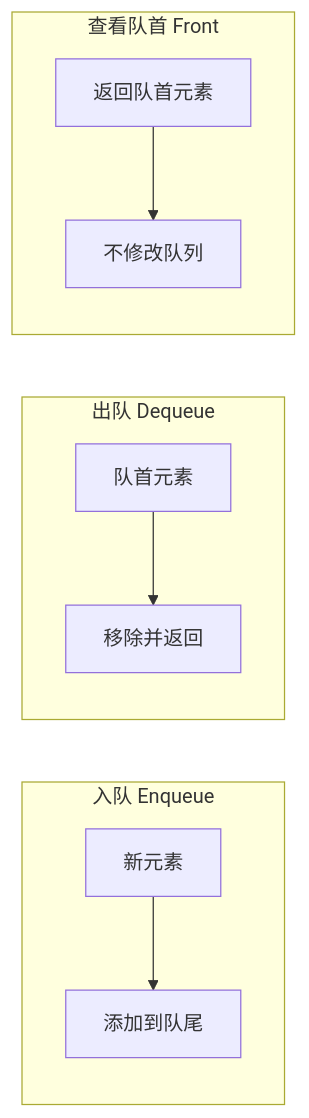
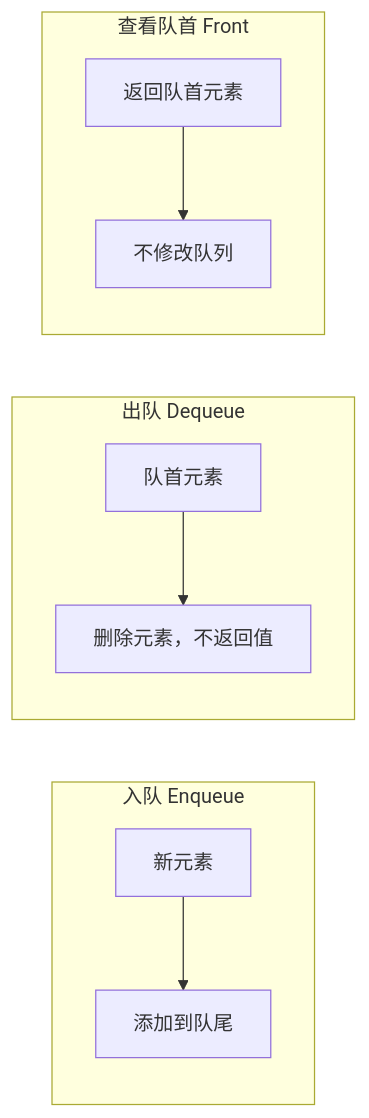
Before and after one commit to mlbo/cpp_learning: the second of 5 diagrams in week_03/day_16/README.md, drawn with Mermaid. The commit also changed other lines of this file and 675 other files, not shown here.

````diff
--- a/week_03/day_16/README.md
+++ b/week_03/day_16/README.md
@@ -64,14 +66,14 @@
 ```mermaid
 flowchart LR
     subgraph "入队 Enqueue"
     A1[新元素] --> B1[添加到队尾]
     end
     
     subgraph "出队 Dequeue"
-    A2[队首元素] --> B2[移除并返回]
+    A2[队首元素] --> B2[删除元素，不返回值]
     end
     
     subgraph "查看队首 Front"
     A3[返回队首元素] --> B3[不修改队列]
     end
 ```
````
